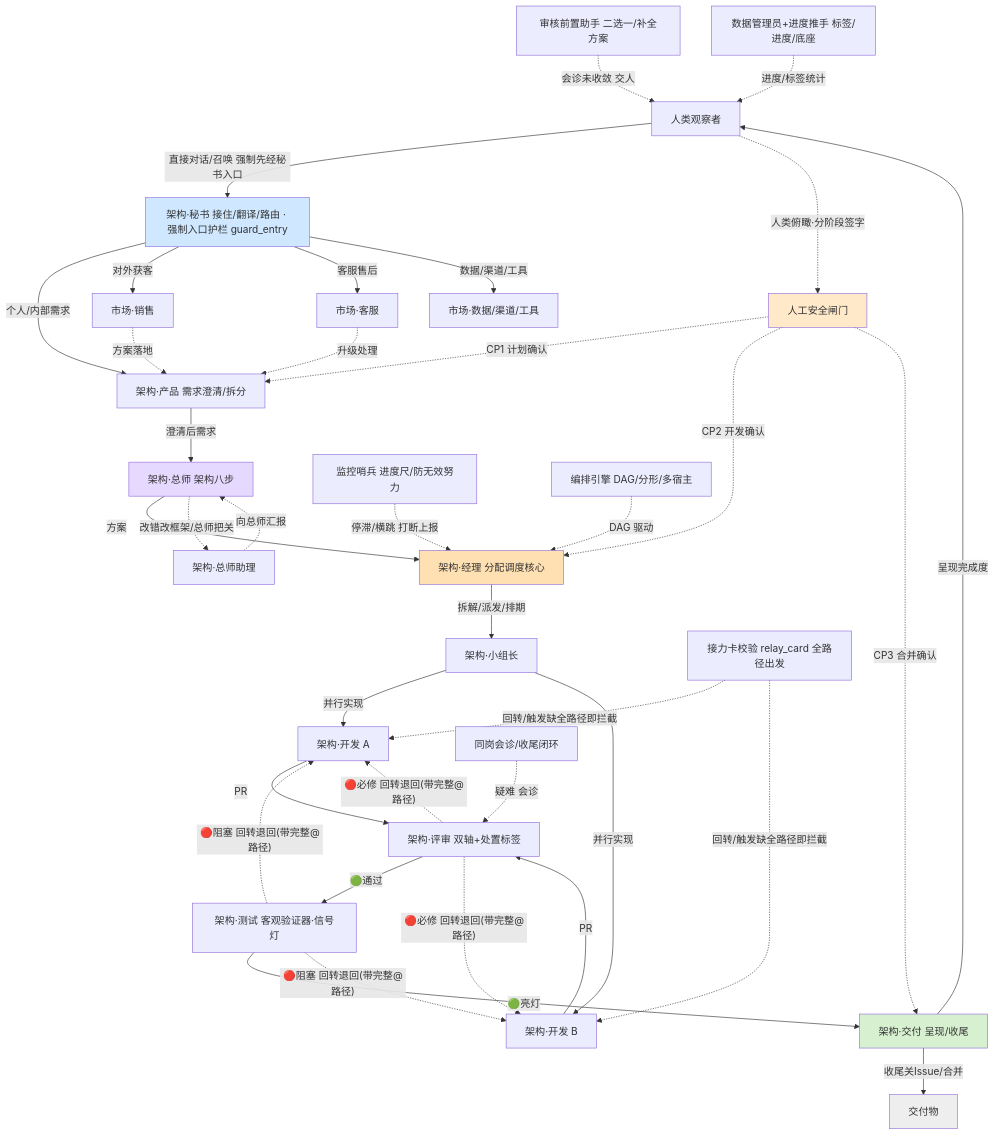
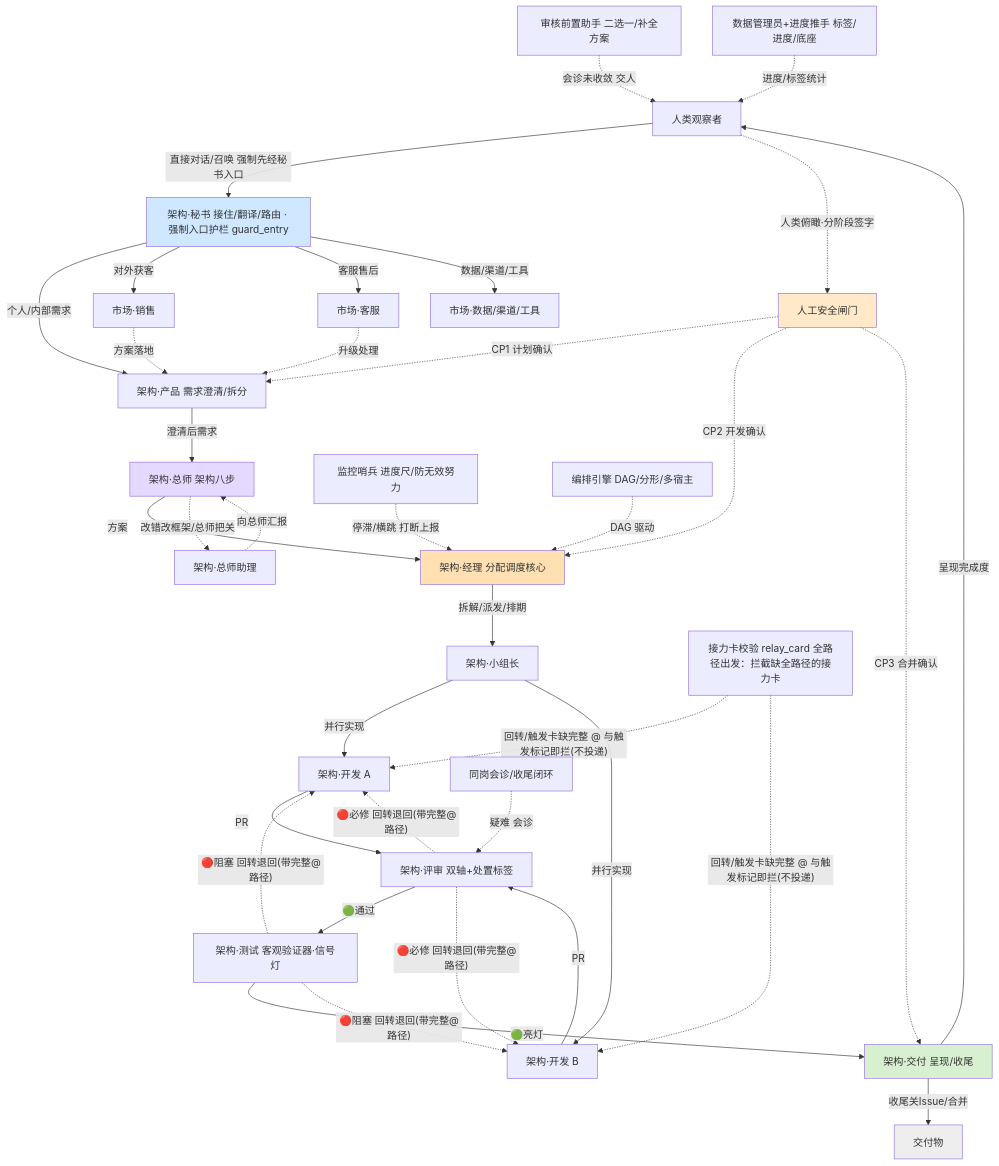
The diagram in docs/ARCHITECTURE.md (haodongzhang022-hue/dongjiagoushi), drawn with Mermaid before and after one commit. The commit also changed other lines of this file and 6 other files, not shown here.

Commit message:
fix(relay-fullpath): 评审遗留收口 — ①解析失败不静默(显式warning+留痕) ②统一best_handle复用去4处近重复 ③ARCHITECTURE文档行去重+mermaid拦截语义澄清 (Issue #142, PR #144 评审🟡S1/S2+🟢)

````diff
--- a/docs/ARCHITECTURE.md
+++ b/docs/ARCHITECTURE.md
@@ -12,57 +12,57 @@
 ```mermaid
 graph TD
     HUM[人类观察者] -->|直接对话/召唤 强制先经秘书入口| SEC
     HUM -.人类俯瞰·分阶段签字.-> GATE[人工安全闸门]
 
     SEC[架构·秘书 接住/翻译/路由 · 强制入口护栏 guard_entry]
     SEC -->|个人/内部需求| PROD[架构·产品 需求澄清/拆分]
     SEC -->|对外获客| SALE[市场·销售]
     SEC -->|客服售后| SUPP[市场·客服]
     SEC -->|数据/渠道/工具| MKT[市场·数据/渠道/工具]
 
     PROD -->|澄清后需求| ARCH[架构·总师 架构八步]
     ARCH -->|方案| MGR[架构·经理 分配调度核心]
     ARCH -.改错改框架/总师把关.-> ASST[架构·总师助理]
     MGR -->|拆解/派发/排期| LEAD[架构·小组长]
     LEAD -->|并行实现| D1[架构·开发 A]
     LEAD -->|并行实现| D2[架构·开发 B]
     D1 -->|PR| REV[架构·评审 双轴+处置标签]
     D2 -->|PR| REV
     REV -->|🟢通过| TST[架构·测试 客观验证器·信号灯]
     TST -->|🟢亮灯| DEL[架构·交付 呈现/收尾]
     DEL -->|呈现完成度| HUM
     DEL -->|收尾关Issue/合并| OUT[交付物]
 
     GATE -.CP1 计划确认.-> PROD
     GATE -.CP2 开发确认.-> MGR
     GATE -.CP3 合并确认.-> DEL
 
     REV -.🔴必修 回转退回(带完整@路径).-> D1
     REV -.🔴必修 回转退回(带完整@路径).-> D2
     TST -.🔴阻塞 回转退回(带完整@路径).-> D1
     TST -.🔴阻塞 回转退回(带完整@路径).-> D2
     SALE -.方案落地.-> PROD
     SUPP -.升级处理.-> PROD
     ASST -.向总师汇报.-> ARCH
 
     SN[监控哨兵 进度尺/防无效努力]
     PRE[审核前置助手 二选一/补全方案]
     PEER[同岗会诊/收尾闭环]
     DAT[数据管理员+进度推手 标签/进度/底座]
     HOST[编排引擎 DAG/分形/多宿主]
-    RELAY[接力卡校验 relay_card 全路径出发]
+    RELAY[接力卡校验 relay_card 全路径出发：拦截缺全路径的接力卡]
     SN -.停滞/横跳 打断上报.-> MGR
     PRE -.会诊未收敛 交人.-> HUM
     PEER -.疑难 会诊.-> REV
     DAT -.进度/标签统计.-> HUM
     HOST -.DAG 驱动.-> MGR
-    RELAY -.回转/触发缺全路径即拦截.-> D1
-    RELAY -.回转/触发缺全路径即拦截.-> D2
+    RELAY -.回转/触发卡缺完整 @ 与触发标记即拦(不投递).-> D1
+    RELAY -.回转/触发卡缺完整 @ 与触发标记即拦(不投递).-> D2
 
     style SEC fill:#cfe8ff
     style DEL fill:#d7f0d0
     style GATE fill:#ffe9c9
     style ARCH fill:#e6d9ff
     style MGR fill:#ffe0b3
     style OUT fill:#eee
 ```
````
